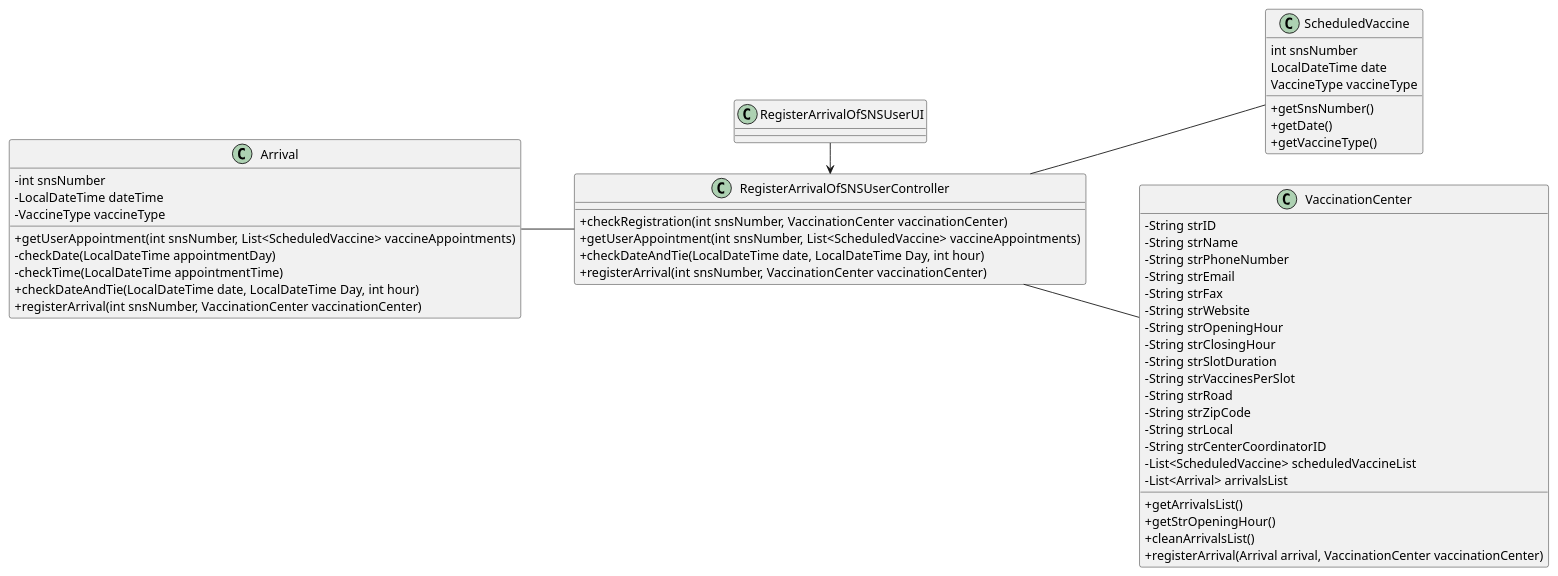
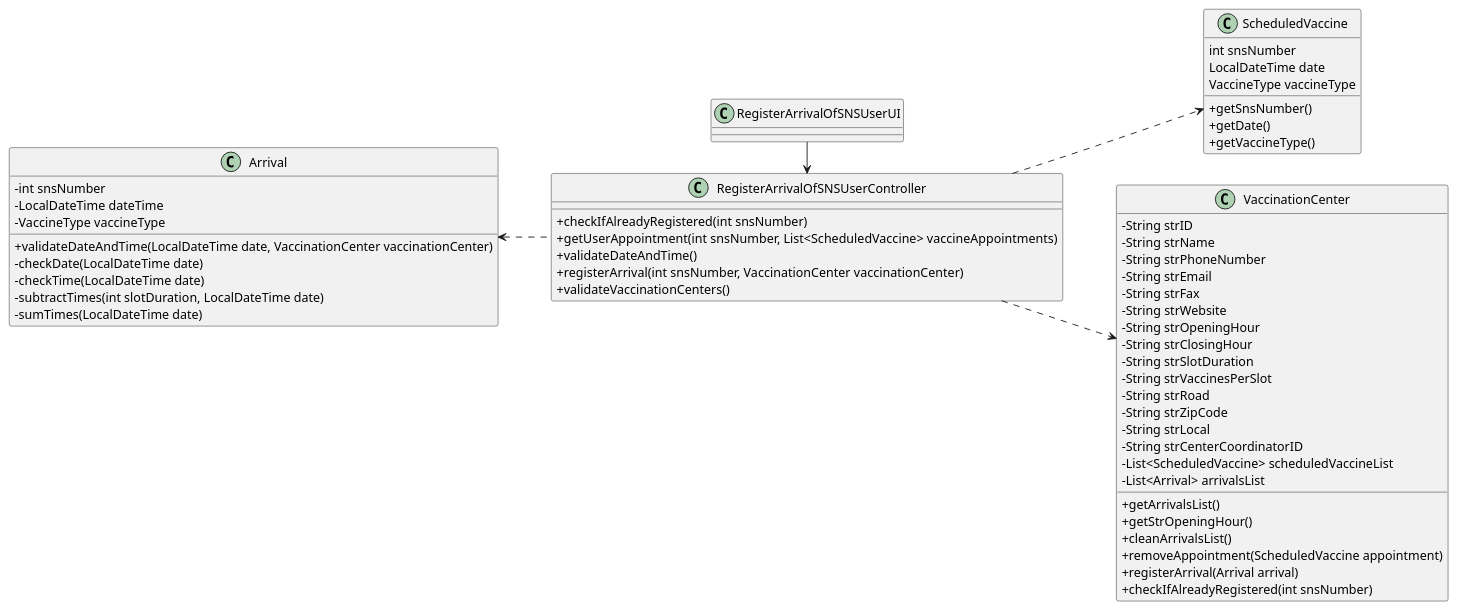
Before and after one commit to Pirussa/lei-22-s2-1da-g02: the diagram in docs/SprintC/US004/US004_CD.puml, drawn with PlantUML. The commit also changed 12 other files, not shown here.

Commit message:
US004 - Design - Improvements on the all the diagrams Implementation - Changes of some methods' position (classes)

```diff
--- a/docs/SprintC/US004/US004_CD.puml
+++ b/docs/SprintC/US004/US004_CD.puml
@@ -1,68 +1,73 @@
 @startuml
 'https://plantuml.com/class-diagram
 
 skinparam classAttributeIconSize 0
 
 
 class ScheduledVaccine {
 int snsNumber
 LocalDateTime date
 VaccineType vaccineType
 +getSnsNumber()
 +getDate()
 +getVaccineType()
 }
+
+'class Company
 
 class VaccinationCenter {
 -String strID
 -String strName
 -String strPhoneNumber
 -String strEmail
 -String strFax
 -String strWebsite
 -String strOpeningHour
 -String strClosingHour
 -String strSlotDuration
 -String strVaccinesPerSlot
 -String strRoad
 -String strZipCode
 -String strLocal
 -String strCenterCoordinatorID
 -List<ScheduledVaccine> scheduledVaccineList
 -List<Arrival> arrivalsList
 +getArrivalsList()
 +getStrOpeningHour()
 +cleanArrivalsList()
-+registerArrival(Arrival arrival, VaccinationCenter vaccinationCenter)
++removeAppointment(ScheduledVaccine appointment)
++registerArrival(Arrival arrival)
++checkIfAlreadyRegistered(int snsNumber)
 }
 
 
 class RegisterArrivalOfSNSUserUI
 
 class RegisterArrivalOfSNSUserController{
-+checkRegistration(int snsNumber, VaccinationCenter vaccinationCenter)
++checkIfAlreadyRegistered(int snsNumber)
 +getUserAppointment(int snsNumber, List<ScheduledVaccine> vaccineAppointments)
-+checkDateAndTie(LocalDateTime date, LocalDateTime Day, int hour)
++validateDateAndTime()
 +registerArrival(int snsNumber, VaccinationCenter vaccinationCenter)
++validateVaccinationCenters()
 }
 
 class Arrival {
 -int snsNumber
 -LocalDateTime dateTime
 -VaccineType vaccineType
-+getUserAppointment(int snsNumber, List<ScheduledVaccine> vaccineAppointments)
--checkDate(LocalDateTime appointmentDay)
--checkTime(LocalDateTime appointmentTime)
-+checkDateAndTie(LocalDateTime date, LocalDateTime Day, int hour)
-+registerArrival(int snsNumber, VaccinationCenter vaccinationCenter)
++validateDateAndTime(LocalDateTime date, VaccinationCenter vaccinationCenter)
+-checkDate(LocalDateTime date)
+-checkTime(LocalDateTime date)
+-subtractTimes(int slotDuration, LocalDateTime date)
+-sumTimes(LocalDateTime date)
 }
 
 
 left to right direction
 
-RegisterArrivalOfSNSUserController -up- Arrival
-RegisterArrivalOfSNSUserController -- VaccinationCenter
-RegisterArrivalOfSNSUserController -- ScheduledVaccine
+RegisterArrivalOfSNSUserController .up-> Arrival
+RegisterArrivalOfSNSUserController ..> VaccinationCenter
+RegisterArrivalOfSNSUserController ..> ScheduledVaccine
 RegisterArrivalOfSNSUserUI -> RegisterArrivalOfSNSUserController
 
 @enduml
```
